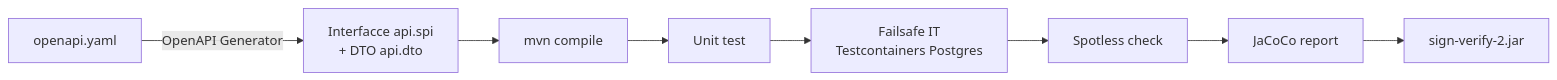
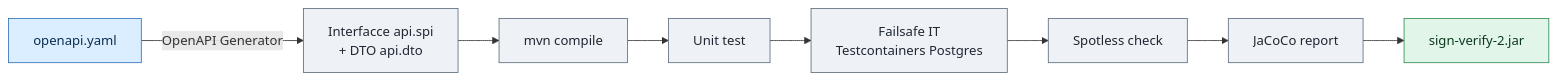
One commit to toresoft/sign-verify changed the diagram in docs/it/01-build-configurazione.md. Above: the diagram before and after it, drawn with Mermaid. The commit also changed other lines of this file and 23 other files, not shown here.

First line of the commit message:
docs: expand EN/IT guides with glossary and component-map diagram

````diff
--- a/docs/it/01-build-configurazione.md
+++ b/docs/it/01-build-configurazione.md
@@ -49,10 +49,17 @@
 ```mermaid
 flowchart LR
     A[openapi.yaml] -->|OpenAPI Generator| B[Interfacce api.spi\n+ DTO api.dto]
     B --> C[mvn compile]
     C --> D[Unit test]
     D --> E[Failsafe IT\nTestcontainers Postgres]
     E --> F[Spotless check]
     F --> G[JaCoCo report]
     G --> H[sign-verify-2.jar]
+
+    classDef source fill:#dbeeff,stroke:#2f6fbb,color:#0b2e4f
+    classDef step fill:#eef1f5,stroke:#5b6b7c,color:#1f2733
+    classDef artifact fill:#e1f5e9,stroke:#2f8a4e,color:#0d3a1d
+    class A source
+    class B,C,D,E,F,G step
+    class H artifact
 ```
````
